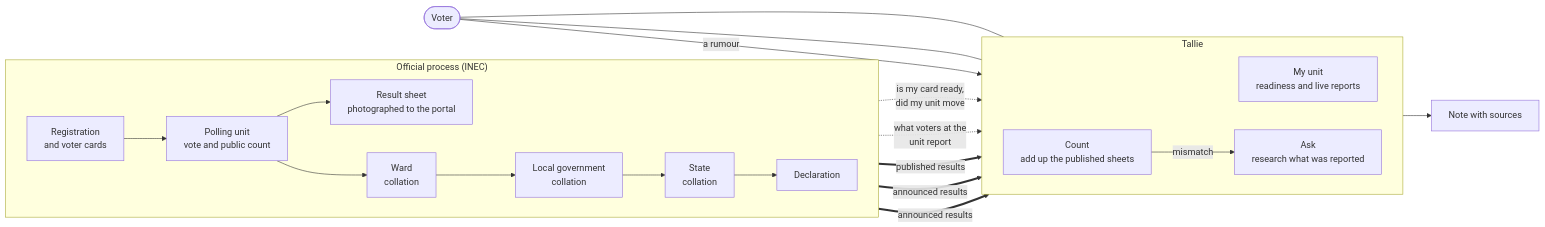
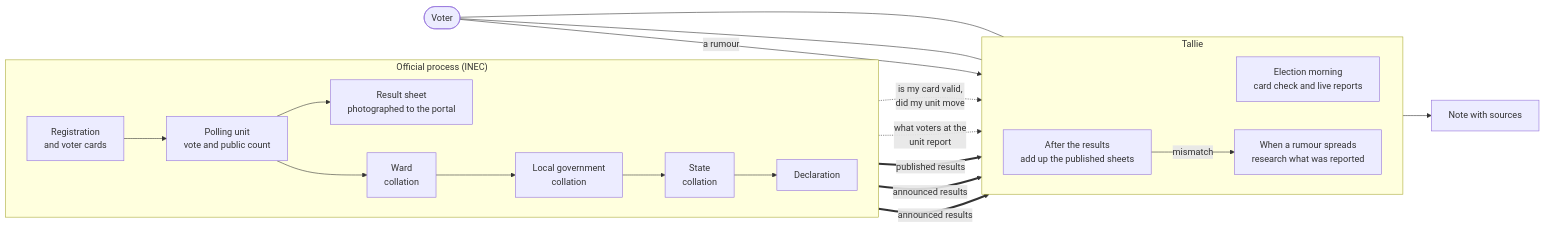
One commit to ktechfest2/TEAM-8-3.0 changed the first of 3 diagrams in docs/SYSTEM-SKETCH.md. Above: the diagram before and after it, drawn with Mermaid. The commit also changed other lines of this file and 29 other files, not shown here.

````diff
--- a/docs/SYSTEM-SKETCH.md
+++ b/docs/SYSTEM-SKETCH.md
@@ -7,30 +7,30 @@
 ```mermaid
 flowchart LR
   subgraph official["Official process (INEC)"]
     direction LR
     A["Registration<br/>and voter cards"] --> B["Polling unit<br/>vote and public count"]
     B --> C["Result sheet<br/>photographed to the portal"]
     B --> D["Ward<br/>collation"]
     D --> E["Local government<br/>collation"]
     E --> F["State<br/>collation"]
     F --> G["Declaration"]
   end
 
   subgraph tally["Tallie"]
     direction LR
-    U["My unit<br/>readiness and live reports"]
-    S["Count<br/>add up the published sheets"]
-    R["Ask<br/>research what was reported"]
+    U["Election morning<br/>card check and live reports"]
+    S["After the results<br/>add up the published sheets"]
+    R["When a rumour spreads<br/>research what was reported"]
   end
 
-  A -. "is my card ready,<br/>did my unit move" .-> U
+  A -. "is my card valid,<br/>did my unit move" .-> U
   B -. "what voters at the<br/>unit report" .-> U
   C == "published results" ==> S
   E == "announced results" ==> S
   F == "announced results" ==> S
   S -- "mismatch" --> R
   V(["Voter"]) --- U
   V --- S
   V -- "a rumour" --> R
   R --> N["Note with sources"]
 ```
````
